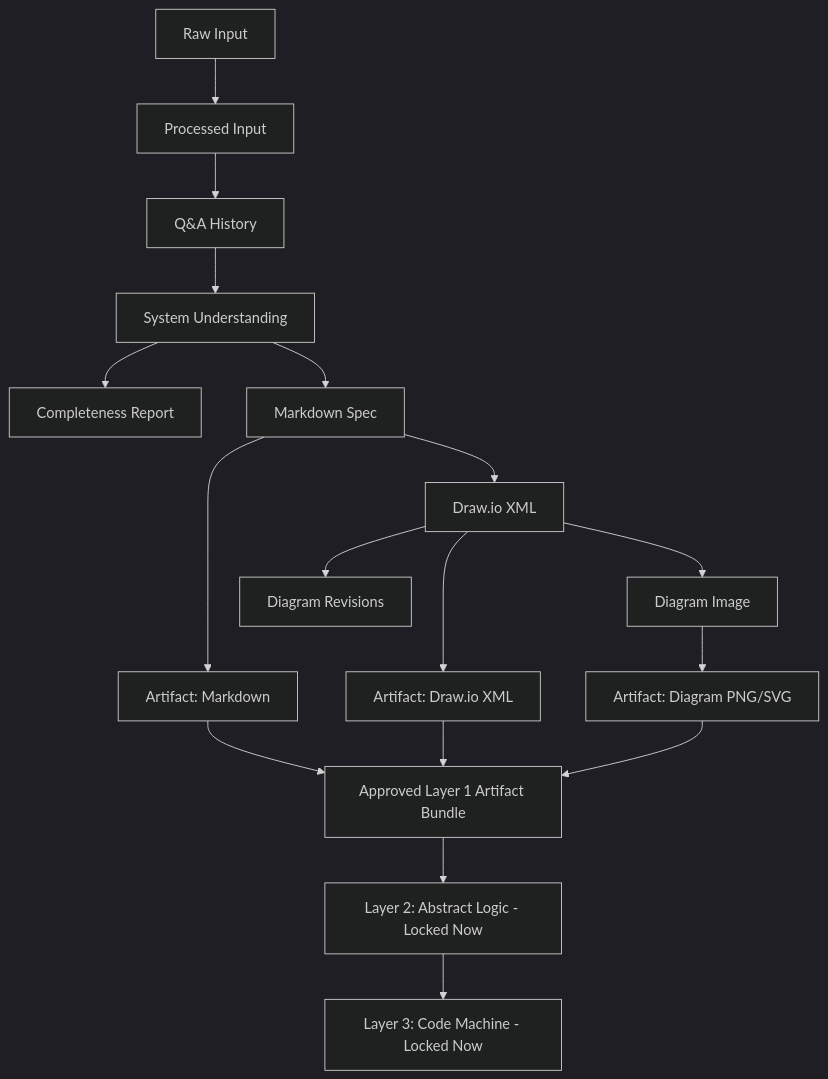
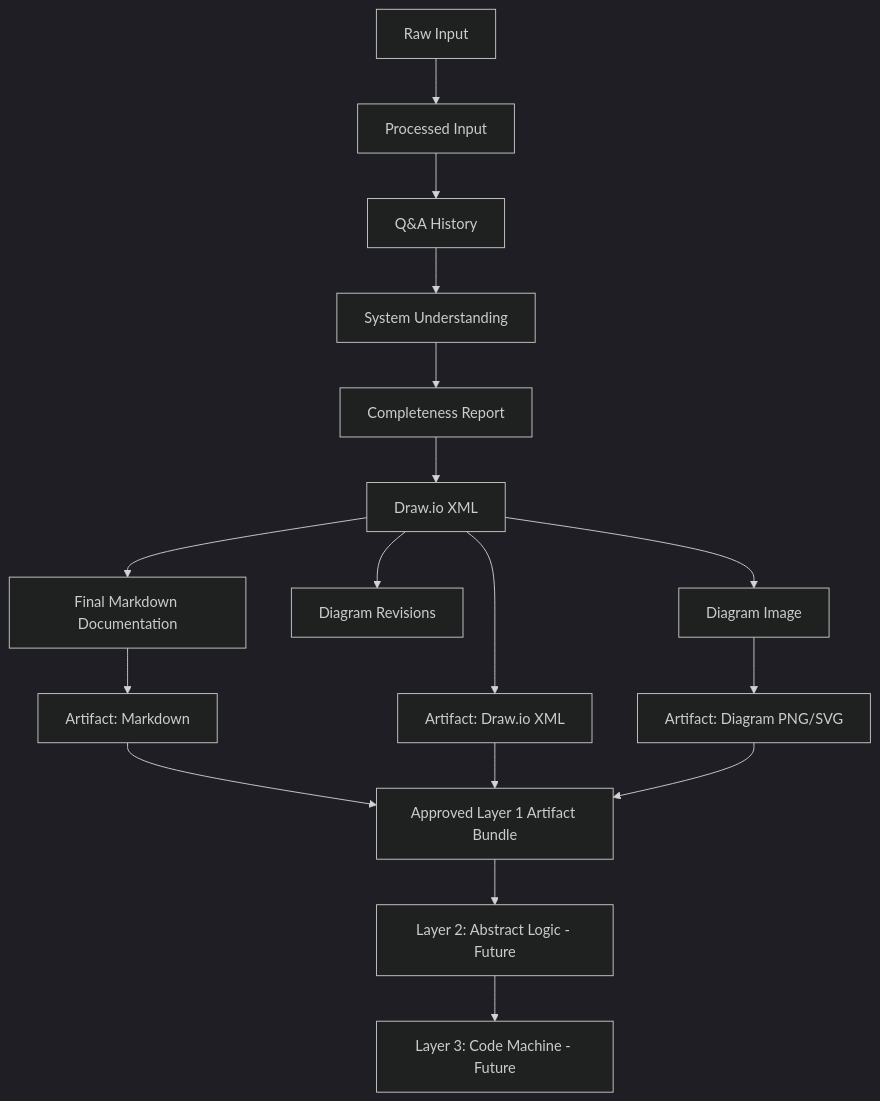
Before and after one commit to ProductMasterz/Mujarrad-Frontend: diagram 12 of 19 in Docs/system-design-detailed-plan.md, drawn with Mermaid (dark theme). The commit also changed other lines of this file, not shown here.

Commit message:
Sync corrected system design roadmap

````diff
--- a/Docs/system-design-detailed-plan.md
+++ b/Docs/system-design-detailed-plan.md
@@ -1639,22 +1671,22 @@
 ```mermaid
 flowchart TD
     A[Raw Input] --> B[Processed Input]
     B --> C[Q&A History]
     C --> D[System Understanding]
     D --> E[Completeness Report]
-    D --> F[Markdown Spec]
-    F --> G[Draw.io XML]
-    G --> H[Diagram Image]
-    G --> I[Diagram Revisions]
+    E --> F[Draw.io XML]
+    F --> G[Diagram Image]
+    F --> H[Diagram Revisions]
+    F --> I[Final Markdown Documentation]
 
-    F --> J[Artifact: Markdown]
-    G --> K[Artifact: Draw.io XML]
-    H --> L[Artifact: Diagram PNG/SVG]
+    I --> J[Artifact: Markdown]
+    F --> K[Artifact: Draw.io XML]
+    G --> L[Artifact: Diagram PNG/SVG]
 
     J --> M[Approved Layer 1 Artifact Bundle]
     K --> M
     L --> M
 
-    M --> N[Layer 2: Abstract Logic - Locked Now]
-    N --> O[Layer 3: Code Machine - Locked Now]
+    M --> N[Layer 2: Abstract Logic - Future]
+    N --> O[Layer 3: Code Machine - Future]
 ```
````
